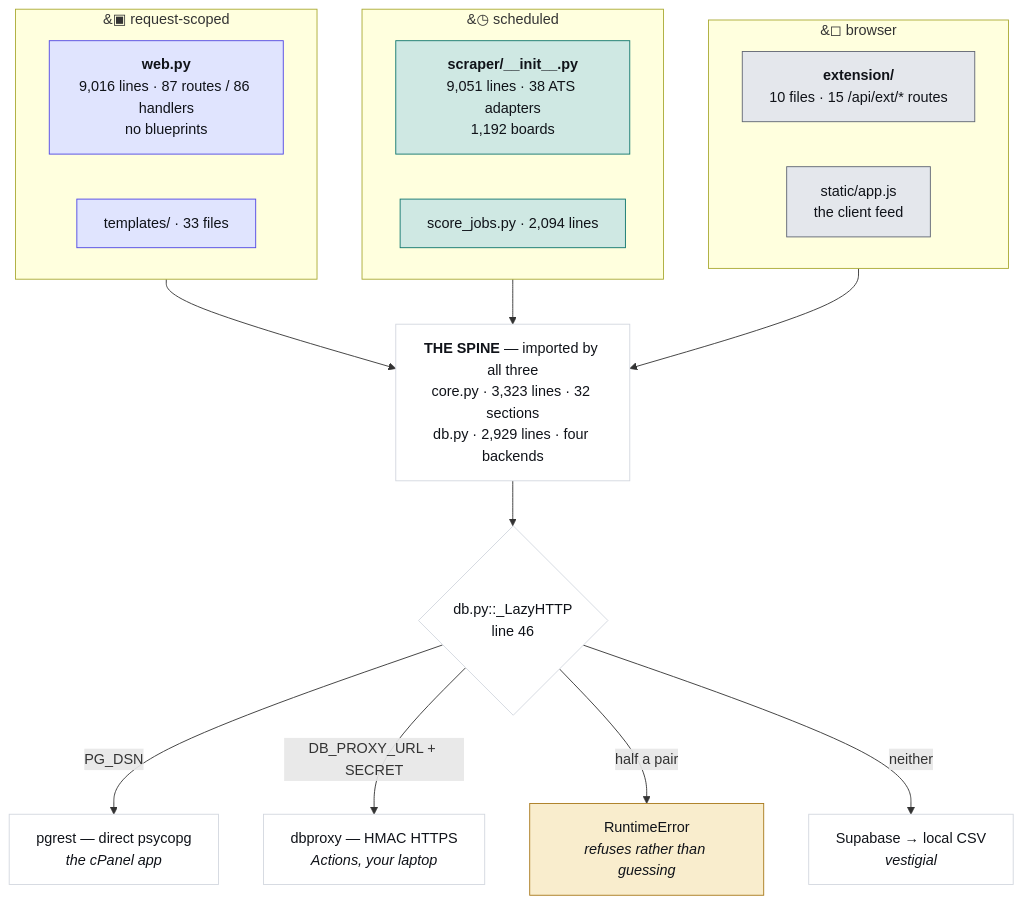
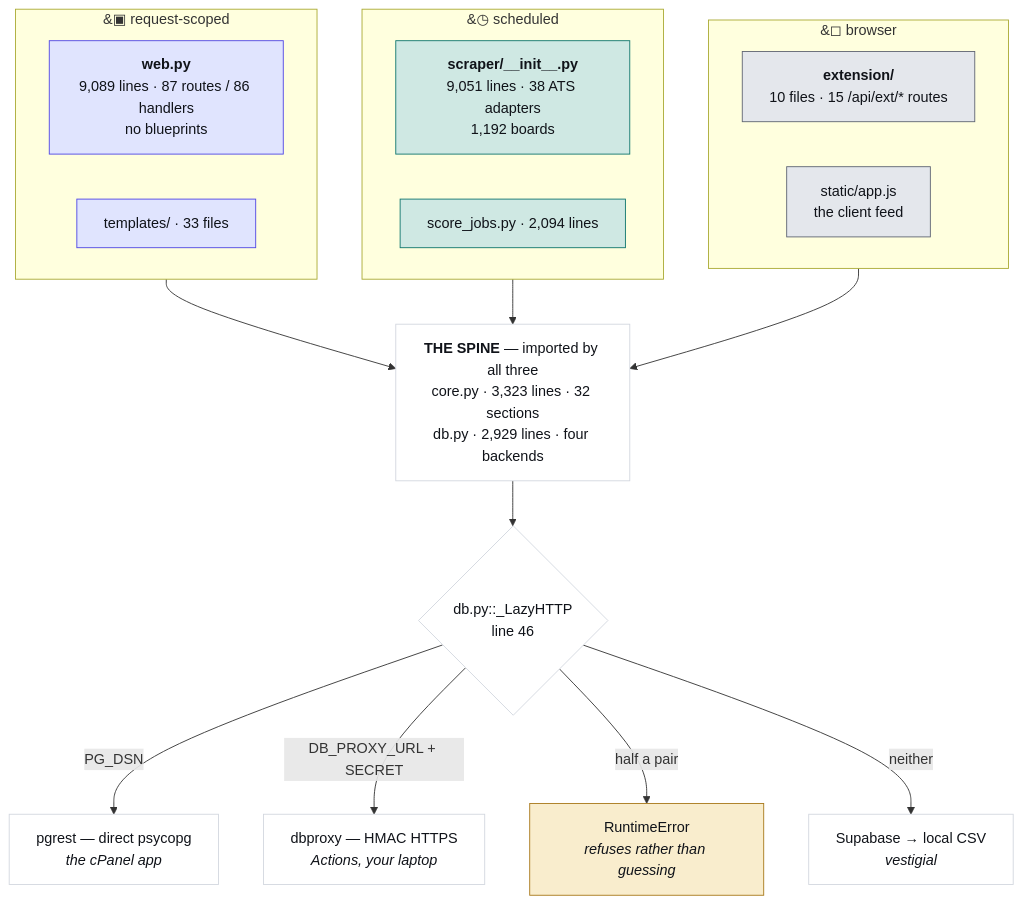
The first of 4 diagrams in JobMatch Scraper/docs/ARCHITECTURE.md (hadakunal909-debug/job-search-tool), drawn with Mermaid before and after one commit. The commit also changed other lines of this file and 8 other files, not shown here.

````diff
--- a/JobMatch Scraper/docs/ARCHITECTURE.md
+++ b/JobMatch Scraper/docs/ARCHITECTURE.md
@@ -45,34 +45,34 @@
 ```mermaid
 flowchart TB
   subgraph REQ["&#9635; request-scoped"]
-    W["<b>web.py</b><br/>9,016 lines · 87 routes / 86 handlers<br/>no blueprints"]
+    W["<b>web.py</b><br/>9,089 lines · 87 routes / 86 handlers<br/>no blueprints"]
     T["templates/ · 33 files"]
   end
   subgraph SCH["&#9719; scheduled"]
     S["<b>scraper/__init__.py</b><br/>9,051 lines · 38 ATS adapters<br/>1,192 boards"]
     J["score_jobs.py · 2,094 lines"]
   end
   subgraph CLI["&#9723; browser"]
     E["<b>extension/</b><br/>10 files · 15 /api/ext/* routes"]
     A["static/app.js<br/>the client feed"]
   end
   SPINE["<b>THE SPINE</b> — imported by all three<br/>core.py · 3,323 lines · 32 sections<br/>db.py · 2,929 lines · four backends"]
   REQ --> SPINE
   SCH --> SPINE
   CLI --> SPINE
   SPINE --> D{"db.py::_LazyHTTP<br/>line 46"}
   D -->|"PG_DSN"| P["pgrest — direct psycopg<br/><i>the cPanel app</i>"]
   D -->|"DB_PROXY_URL + SECRET"| X["dbproxy — HMAC HTTPS<br/><i>Actions, your laptop</i>"]
   D -->|"half a pair"| R["RuntimeError<br/><i>refuses rather than guessing</i>"]
   D -->|"neither"| V["Supabase → local CSV<br/><i>vestigial</i>"]
   classDef web fill:#e0e4fe,stroke:#4f46e5,color:#101319
   classDef sched fill:#cfe8e3,stroke:#0f766e,color:#101319
   classDef client fill:#e4e7ec,stroke:#5f6573,color:#101319
   classDef trap fill:#f9edcd,stroke:#a8781a,color:#101319
   classDef plain fill:#ffffff,stroke:#d3d7df,color:#101319
   class W,T web
   class S,J sched
   class E,A client
   class R trap
   class SPINE,D,P,X,V plain
 ```
````
